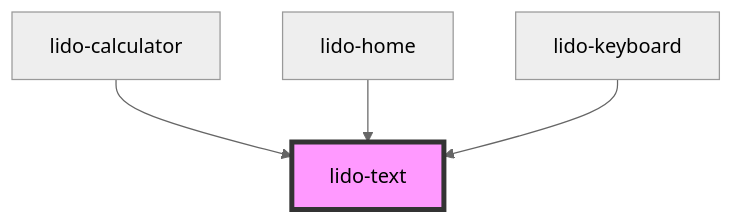
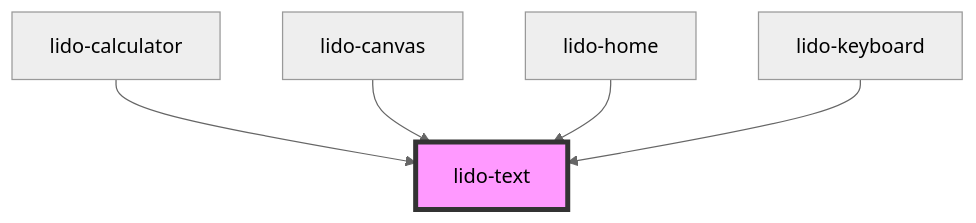
The diagram in src/components/text/readme.md (chimple/lido-player), drawn with Mermaid (neutral theme) before and after one commit. The commit also changed other lines of this file and 15 other files, not shown here.

````diff
--- a/src/components/text/readme.md
+++ b/src/components/text/readme.md
@@ -56,7 +57,8 @@
 ```mermaid
 graph TD;
   lido-calculator --> lido-text
+  lido-canvas --> lido-text
   lido-home --> lido-text
   lido-keyboard --> lido-text
   style lido-text fill:#f9f,stroke:#333,stroke-width:4px
 ```
````
